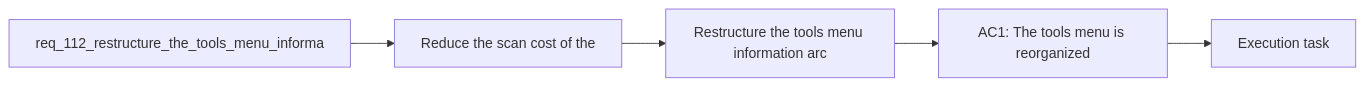
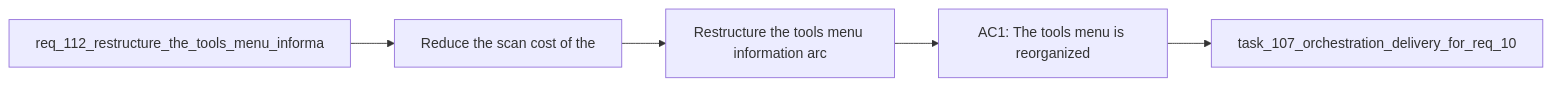
Before and after one commit to AlexAgo83/logics-manager: the diagram in logics/backlog/item_199_restructure_the_tools_menu_information_architecture_without_moving_actions_out_of_the_menu.md, drawn with Mermaid. The commit also changed other lines of this file and 481 other files, not shown here.

````diff
--- a/logics/backlog/item_199_restructure_the_tools_menu_information_architecture_without_moving_actions_out_of_the_menu.md
+++ b/logics/backlog/item_199_restructure_the_tools_menu_information_architecture_without_moving_actions_out_of_the_menu.md
@@ -23,9 +23,9 @@
 ```mermaid
 %% logics-kind: backlog
 %% logics-signature: backlog|restructure-the-tools-menu-information-a|req-112-restructure-the-tools-menu-infor|reduce-the-scan-cost-of-the|ac1-the-tools-menu-is-reorganized
 flowchart LR
     Request[req_112_restructure_the_tools_menu_informa] --> Problem[Reduce the scan cost of the]
     Problem --> Scope[Restructure the tools menu information arc]
     Scope --> Acceptance[AC1: The tools menu is reorganized]
-    Acceptance --> Tasks[Execution task]
+    Acceptance --> Tasks[task_107_orchestration_delivery_for_req_10]
 ```
````
